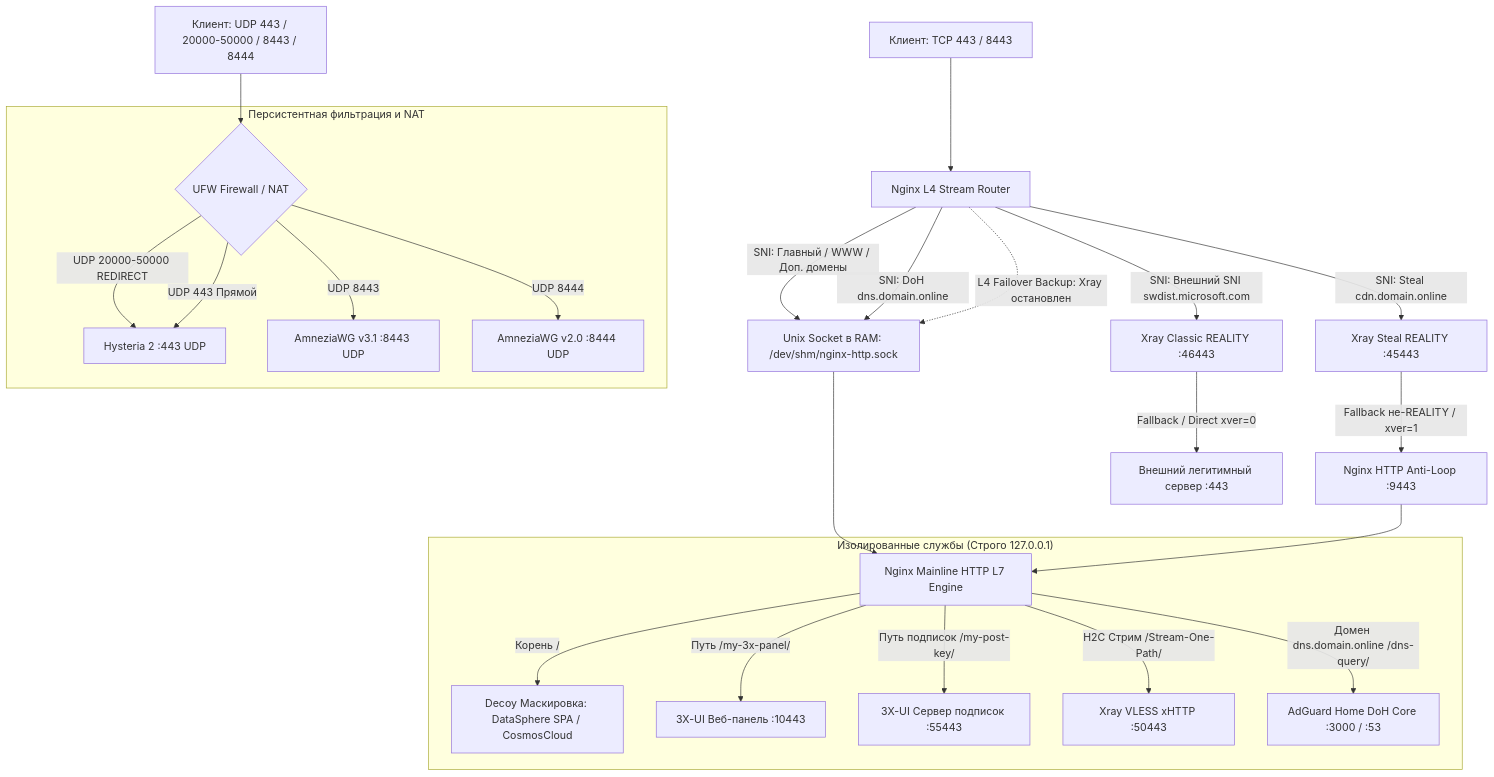
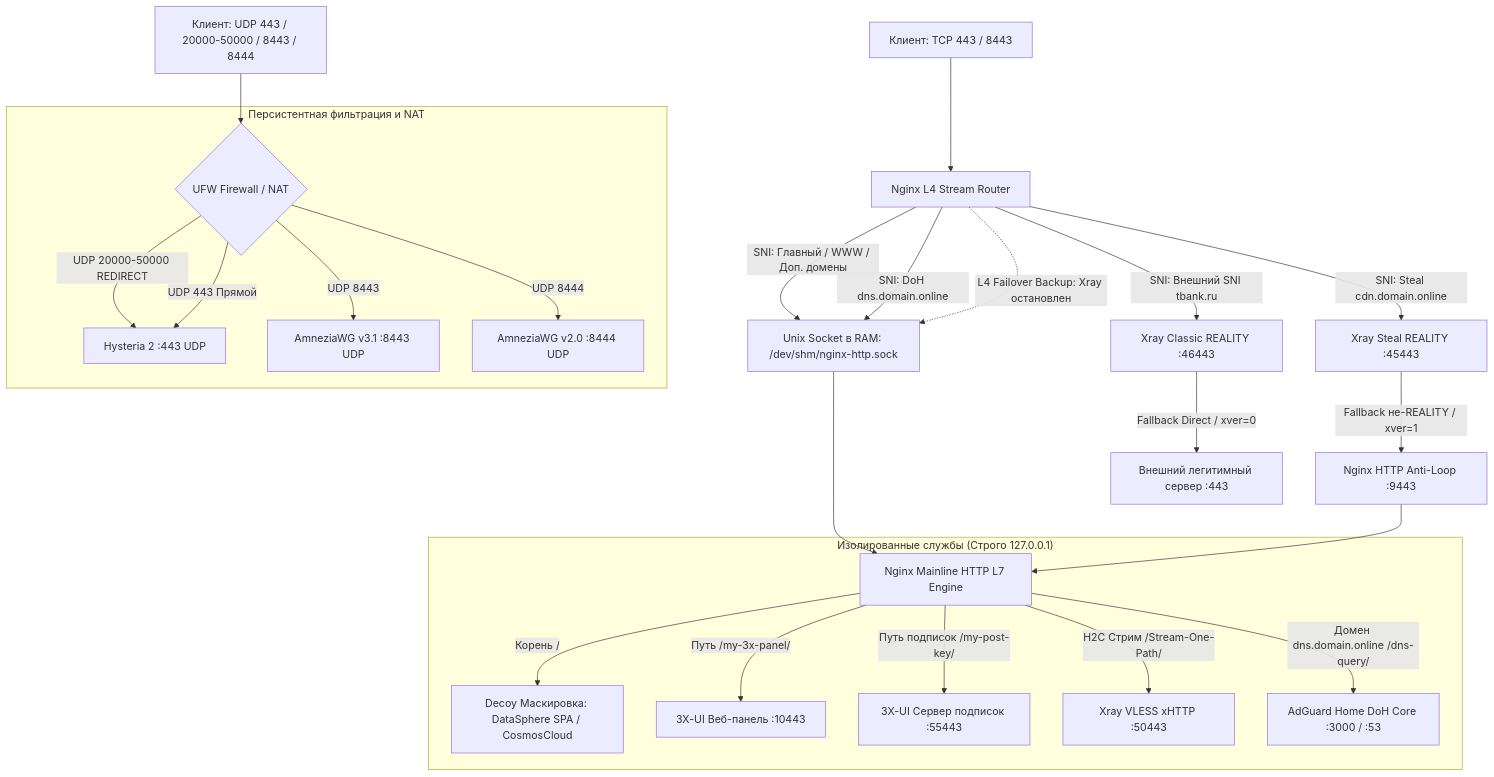
The diagram in README.md (Itman75/Nginx-L4-Stream-Router-Mask-for-3x-ui), drawn with Mermaid before and after one commit. The commit also changed other lines of this file, not shown here.

````diff
--- a/README.md
+++ b/README.md
@@ -45,32 +47,32 @@
 ```mermaid
 flowchart TD
     ClientTCP["Клиент: TCP 443 / 8443"] --> NginxStream["Nginx L4 Stream Router"]
     ClientUDP["Клиент: UDP 443 / 20000-50000 / 8443 / 8444"] --> UFW_NAT{"UFW Firewall / NAT"}
 
     subgraph UFW_Engine ["Персистентная фильтрация и NAT"]
         UFW_NAT -->|"UDP 20000-50000 REDIRECT"| XrayHy2["Hysteria 2 :443 UDP"]
         UFW_NAT -->|"UDP 443 Прямой"| XrayHy2
         UFW_NAT -->|"UDP 8443"| XrayAWG3["AmneziaWG v3.1 :8443 UDP"]
         UFW_NAT -->|"UDP 8444"| XrayAWG2["AmneziaWG v2.0 :8444 UDP"]
     end
 
     NginxStream -->|"SNI: Главный / WWW / Доп. домены"| NginxSock["Unix Socket в RAM: /dev/shm/nginx-http.sock"]
     NginxStream -->|"SNI: DoH dns.domain.online"| NginxSock
     NginxStream -->|"SNI: Steal cdn.domain.online"| XraySteal["Xray Steal REALITY :45443"]
     NginxStream -.->|"L4 Failover Backup: Xray остановлен"| NginxSock
-    NginxStream -->|"SNI: Внешний SNI swdist.microsoft.com"| XrayClassic["Xray Classic REALITY :46443"]
+    NginxStream -->|"SNI: Внешний SNI tbank.ru"| XrayClassic["Xray Classic REALITY :46443"]
 
     XraySteal -->|"Fallback не-REALITY / xver=1"| NginxAntiLoop["Nginx HTTP Anti-Loop :9443"]
-    XrayClassic -->|"Fallback / Direct xver=0"| ExtMirror["Внешний легитимный сервер :443"]
+    XrayClassic -->|"Fallback Direct / xver=0"| ExtMirror["Внешний легитимный сервер :443"]
 
     NginxSock --> NginxL7["Nginx Mainline HTTP L7 Engine"]
     NginxAntiLoop --> NginxL7
 
     subgraph Internal_Services ["Изолированные службы (Строго 127.0.0.1)"]
         NginxL7 -->|"Корень /"| DecoyFront["Decoy Маскировка: DataSphere SPA / CosmosCloud"]
         NginxL7 -->|"Путь /my-3x-panel/"| PanelCore["3X-UI Веб-панель :10443"]
         NginxL7 -->|"Путь подписок /my-post-key/"| SubServer["3X-UI Сервер подписок :55443"]
         NginxL7 -->|"H2C Стрим /Stream-One-Path/"| XrayXHTTP["Xray VLESS xHTTP :50443"]
         NginxL7 -->|"Домен dns.domain.online /dns-query/"| AGH_DoH["AdGuard Home DoH Core :3000 / :53"]
     end
 ```
````
